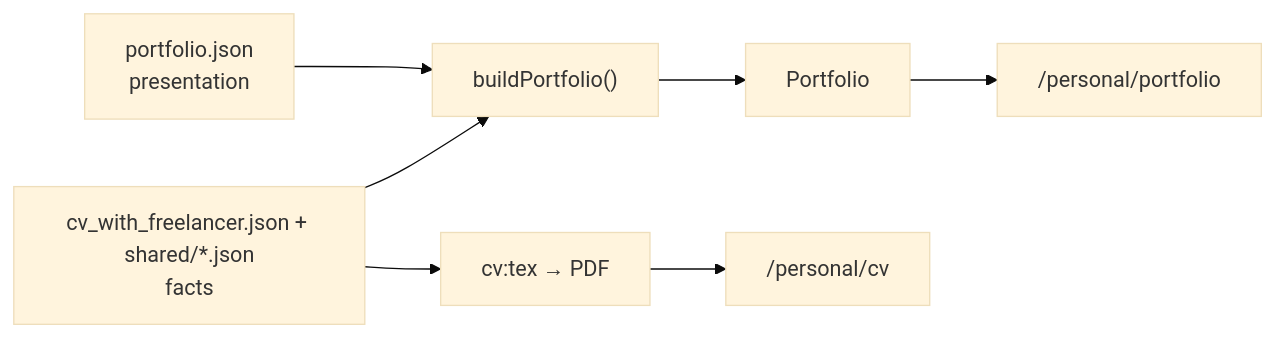
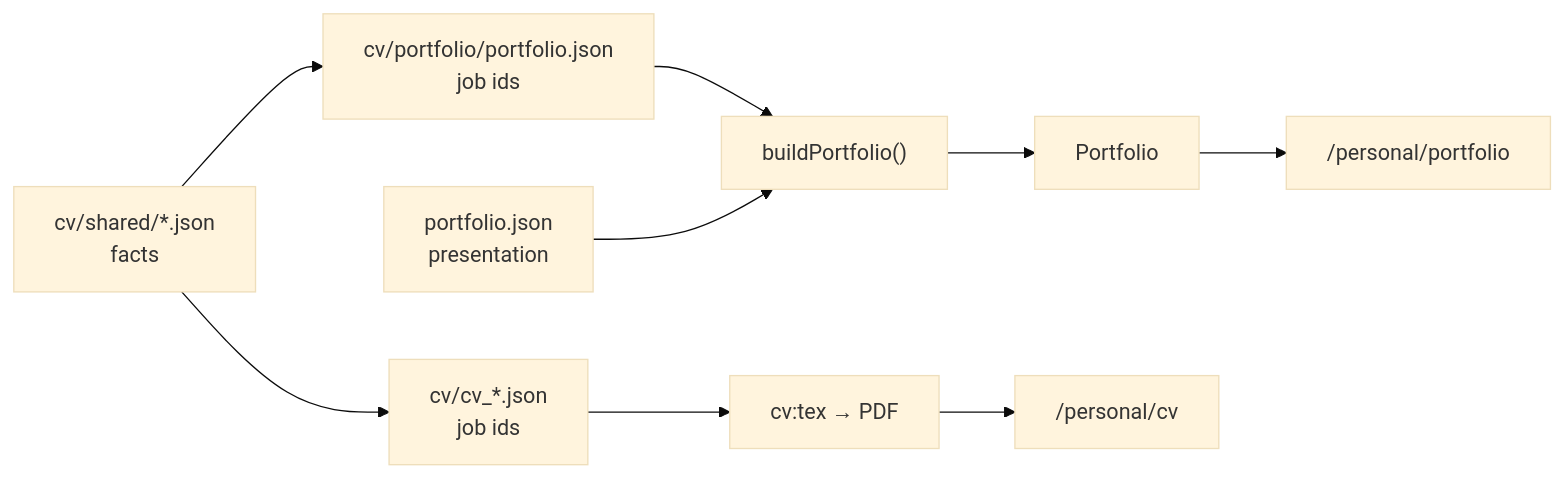
One commit to DAMHONGDUC/personal-work-space changed the third of 3 diagrams in docs/architecture.md. Above: the diagram before and after it, drawn with Mermaid (base theme). The commit also changed other lines of this file and 15 other files, not shown here.

Commit message:
refactor(portfolio): build from its own CV file and the shared about me

````diff
--- a/docs/architecture.md
+++ b/docs/architecture.md
@@ -51,7 +51,9 @@
 ```mermaid
 flowchart LR
-  CV["cv_with_freelancer.json + shared/*.json<br/>facts"] --> Build["buildPortfolio()"]
+  Shared["cv/shared/*.json<br/>facts"] --> PCV["cv/portfolio/portfolio.json<br/>job ids"]
+  Shared --> Versions["cv/cv_*.json<br/>job ids"]
+  PCV --> Build["buildPortfolio()"]
   Page["portfolio.json<br/>presentation"] --> Build
   Build --> P["Portfolio"] --> Page2["/personal/portfolio"]
-  CV --> Tex["cv:tex → PDF"] --> CVPage["/personal/cv"]
+  Versions --> Tex["cv:tex → PDF"] --> CVPage["/personal/cv"]
 ```
````
